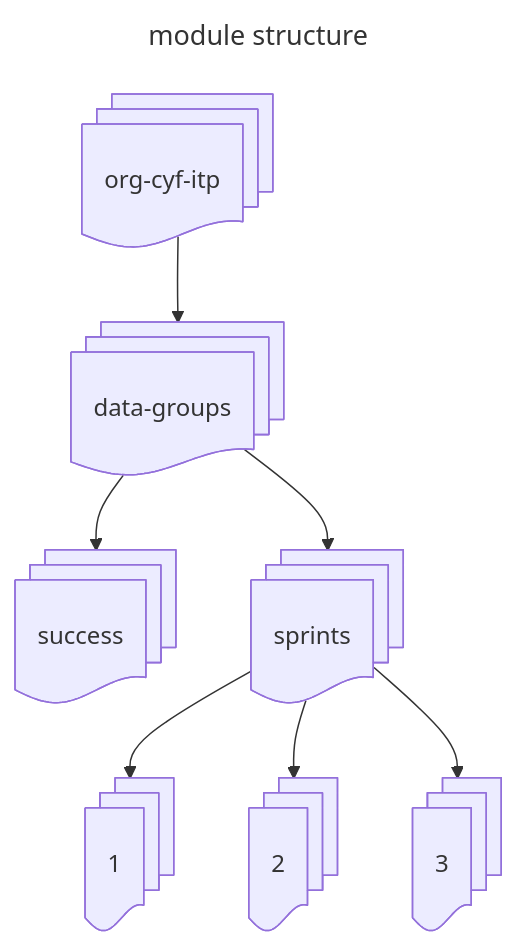
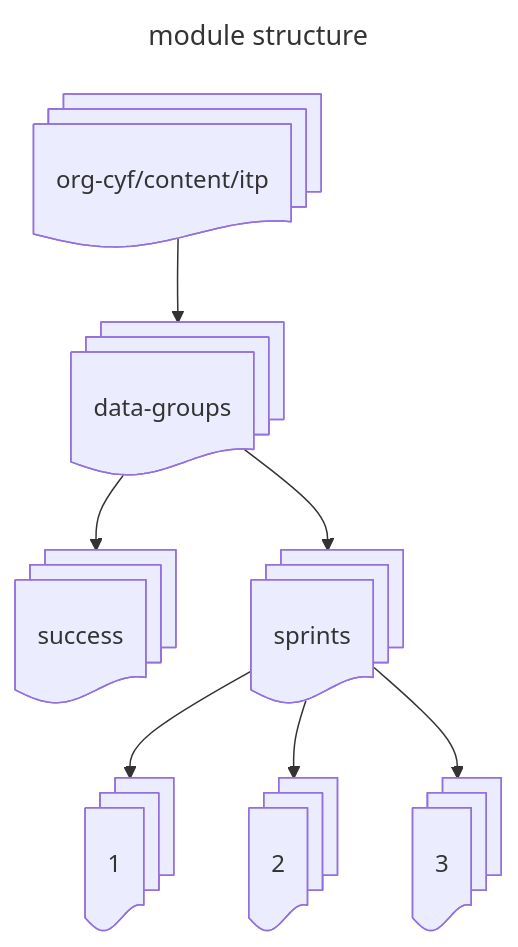
One commit to CodeYourFuture/curriculum changed the second of 4 diagrams in org-cyf-guides/content/contributing/adding-updating/index.md. Above: the diagram before and after it, drawn with Mermaid. The commit also changed other lines of this file and 2 other files, not shown here.

````diff
--- a/org-cyf-guides/content/contributing/adding-updating/index.md
+++ b/org-cyf-guides/content/contributing/adding-updating/index.md
@@ -33,12 +33,12 @@
 ```mermaid
 ---
 title: module structure
 ---
 flowchart TD
-    itp@{ shape: docs, label: org-cyf-itp } --> dataGroups@{ shape: docs, label: data-groups }
+    itp@{ shape: docs, label: org-cyf/content/itp } --> dataGroups@{ shape: docs, label: data-groups }
     dataGroups --> success@{ shape: docs, label: success }
     dataGroups --> sprints@{ shape: docs, label: sprints }
     sprints --> sprint1@{ shape: docs, label: "1" }
     sprints --> sprint2@{ shape: docs, label: "2" }
     sprints --> sprint3@{ shape: docs, label: "3" }
 ```
````
